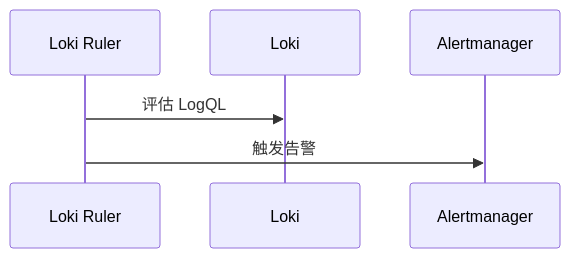
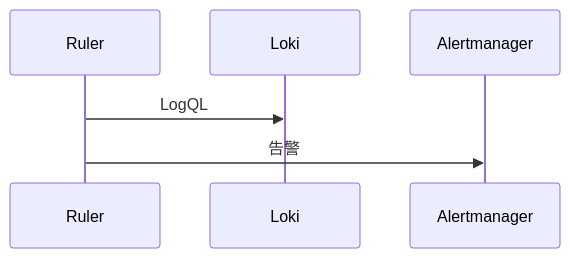
Before and after one commit to brinnatt/kubeauto: diagram 41 of 43 in docs/efk/EFK.md, drawn with Mermaid. The commit also changed other lines of this file, not shown here.

````diff
--- a/docs/efk/EFK.md
+++ b/docs/efk/EFK.md
@@ -2695,8 +2641,8 @@
 ```mermaid
 sequenceDiagram
-  participant R as Loki Ruler
+  participant R as Ruler
   participant L as Loki
   participant A as Alertmanager
-  R->>L: 评估 LogQL
-  R->>A: 触发告警
+  R->>L: LogQL
+  R->>A: 告警
 ```
````
